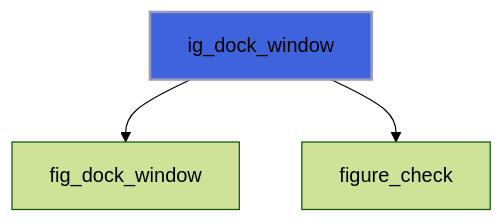
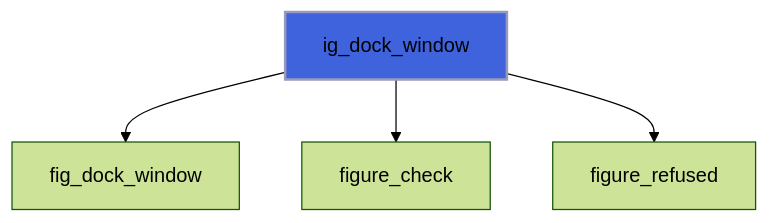
The fourth of 9 diagrams in docs/api/src/lib/figure_dock.md (szaghi/figure), drawn with Mermaid (forest theme) before and after one commit. The commit also changed other lines of this file and 10 other files, not shown here.

````diff
--- a/docs/api/src/lib/figure_dock.md
+++ b/docs/api/src/lib/figure_dock.md
@@ -135,6 +142,7 @@
 ```mermaid
 flowchart TD
   ig_dock_window["ig_dock_window"] --> fig_dock_window["fig_dock_window"]
   ig_dock_window["ig_dock_window"] --> figure_check["figure_check"]
+  ig_dock_window["ig_dock_window"] --> figure_refused["figure_refused"]
   style ig_dock_window fill:#3e63dd,stroke:#99b,stroke-width:2px
 ```
````
